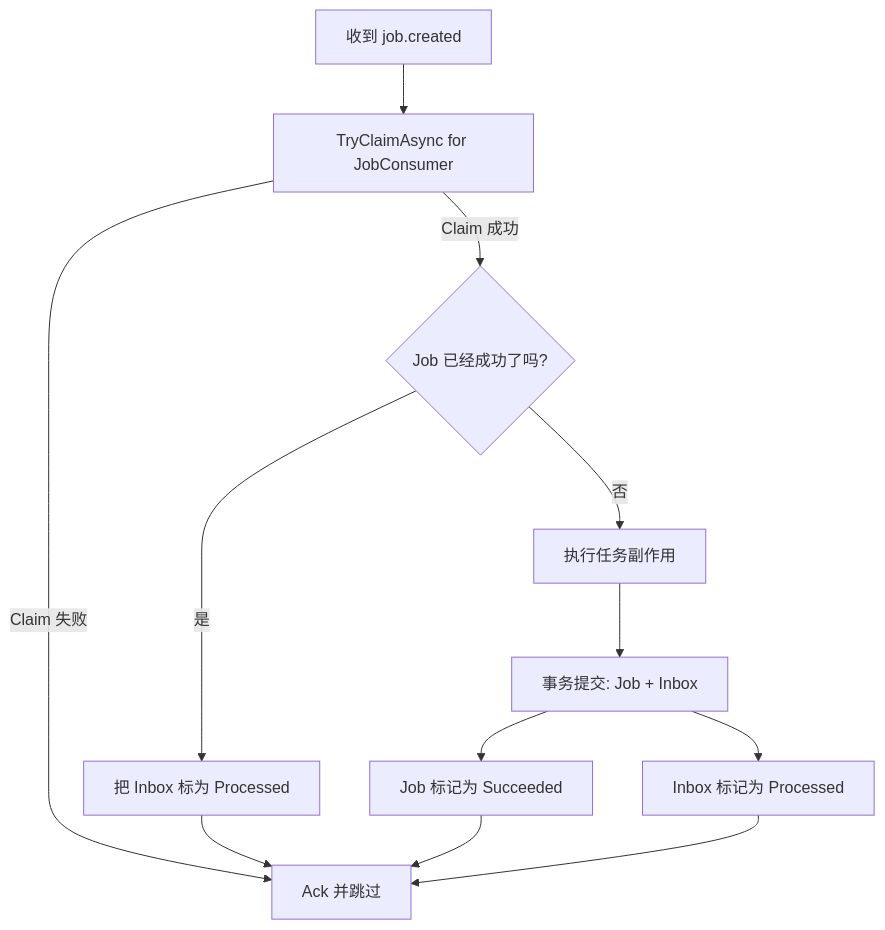
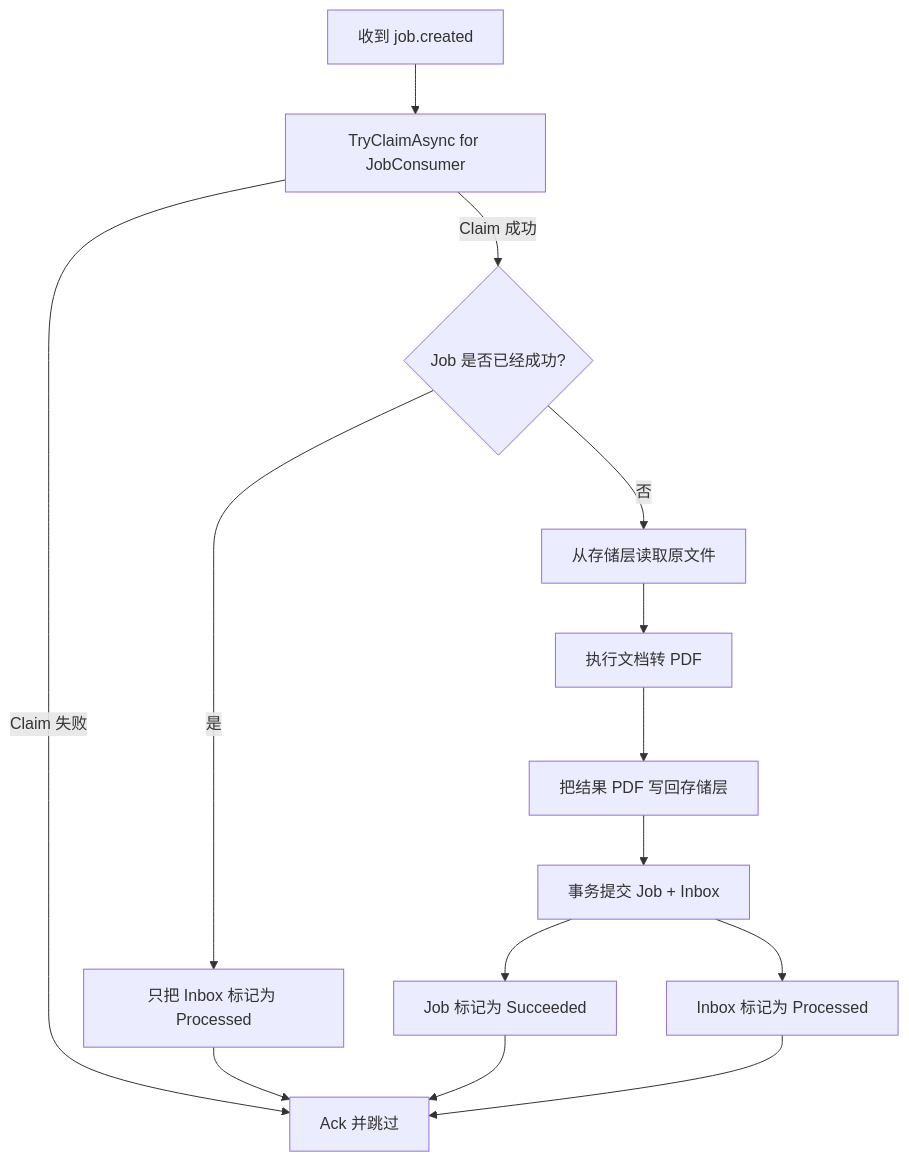
The second of 4 diagrams in docs/system-flow.md (haoyucheng369-gif/DocFlowCloud), drawn with Mermaid before and after one commit. The commit also changed other lines of this file and 3 other files, not shown here.

````diff
--- a/docs/system-flow.md
+++ b/docs/system-flow.md
@@ -42,14 +50,16 @@
 ```mermaid
 flowchart TD
     A[收到 job.created] --> B[TryClaimAsync for JobConsumer]
     B -->|Claim 失败| C[Ack 并跳过]
-    B -->|Claim 成功| D{Job 已经成功了吗?}
-    D -->|是| E[把 Inbox 标为 Processed]
+    B -->|Claim 成功| D{Job 是否已经成功?}
+    D -->|是| E[只把 Inbox 标记为 Processed]
     E --> C
-    D -->|否| F[执行任务副作用]
-    F --> G[事务提交: Job + Inbox]
-    G --> H[Job 标记为 Succeeded]
-    G --> I[Inbox 标记为 Processed]
-    H --> C
-    I --> C
+    D -->|否| F[从存储层读取原文件]
+    F --> G[执行文档转 PDF]
+    G --> H[把结果 PDF 写回存储层]
+    H --> I[事务提交 Job + Inbox]
+    I --> J[Job 标记为 Succeeded]
+    I --> K[Inbox 标记为 Processed]
+    J --> C
+    K --> C
 ```
````
